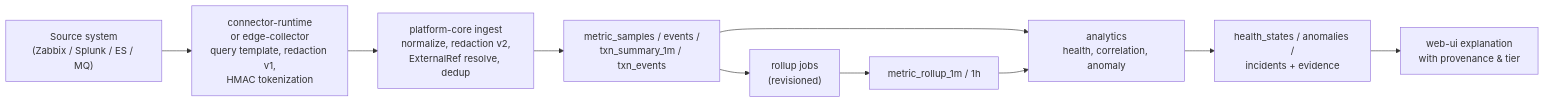
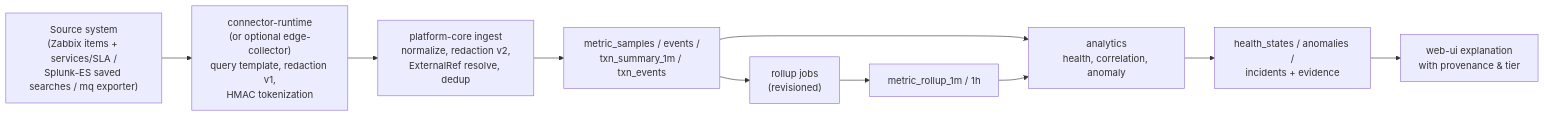
The diagram in docs/architecture/data-architecture.md (navy1919/IssabelMonitoring), drawn with Mermaid before and after one commit. The commit also changed other lines of this file and 46 other files, not shown here.

````diff
--- a/docs/architecture/data-architecture.md
+++ b/docs/architecture/data-architecture.md
@@ -496,12 +531,12 @@
 ```mermaid
 flowchart LR
-    S["Source system<br/>(Zabbix / Splunk / ES / MQ)"] --> C["connector-runtime<br/>or edge-collector<br/>query template, redaction v1,<br/>HMAC tokenization"]
+    S["Source system<br/>(Zabbix items + services/SLA /<br/>Splunk-ES saved searches / mq exporter)"] --> C["connector-runtime<br/>(or optional edge-collector)<br/>query template, redaction v1,<br/>HMAC tokenization"]
     C --> I["platform-core ingest<br/>normalize, redaction v2,<br/>ExternalRef resolve, dedup"]
     I --> R["metric_samples / events /<br/>txn_summary_1m / txn_events"]
     R --> J["rollup jobs<br/>(revisioned)"]
     J --> RU["metric_rollup_1m / 1h"]
     R --> A["analytics<br/>health, correlation, anomaly"]
     RU --> A
     A --> H["health_states / anomalies /<br/>incidents + evidence"]
     H --> U["web-ui explanation<br/>with provenance & tier"]
 ```
````
